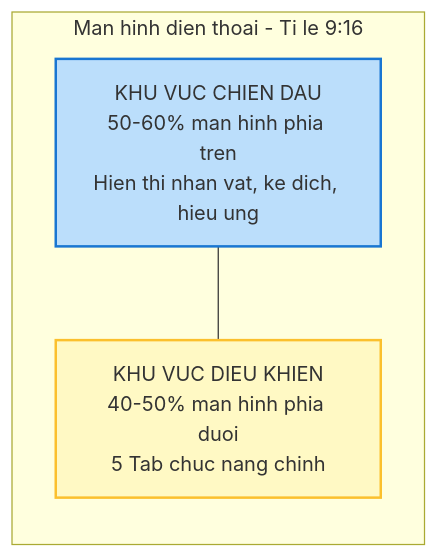
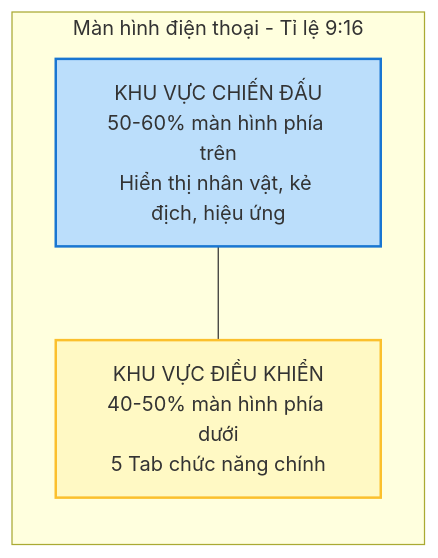
The third of 4 diagrams in docs/ke-hoach-tong-the.md (luantran-working/idlegame-designdocs), drawn with Mermaid before and after one commit. The commit also changed other lines of this file and 16 other files, not shown here.

Commit message:
feat: Introduce extensive game design documentation covering game systems, UI, and roadmap, and enable Mermaid diagram support in Docusaurus.

````diff
--- a/docs/ke-hoach-tong-the.md
+++ b/docs/ke-hoach-tong-the.md
@@ -167,13 +167,13 @@
 ```mermaid
 flowchart TB
-    subgraph Screen["Man hinh dien thoai - Ti le 9:16"]
+    subgraph Screen["Màn hình điện thoại - Tỉ lệ 9:16"]
         direction TB
-        Top["KHU VUC CHIEN DAU<br/>50-60% man hinh phia tren<br/>Hien thi nhan vat, ke dich, hieu ung"]
-        Bottom["KHU VUC DIEU KHIEN<br/>40-50% man hinh phia duoi<br/>5 Tab chuc nang chinh"]
+        Top["KHU VỰC CHIẾN ĐẤU<br/>50-60% màn hình phía trên<br/>Hiển thị nhân vật, kẻ địch, hiệu ứng"]
+        Bottom["KHU VỰC ĐIỀU KHIỂN<br/>40-50% màn hình phía dưới<br/>5 Tab chức năng chính"]
     end
 
     Top --- Bottom
 
     style Top fill:#bbdefb,stroke:#1976d2,stroke-width:2px
     style Bottom fill:#fff9c4,stroke:#fbc02d,stroke-width:2px
 ```
````
